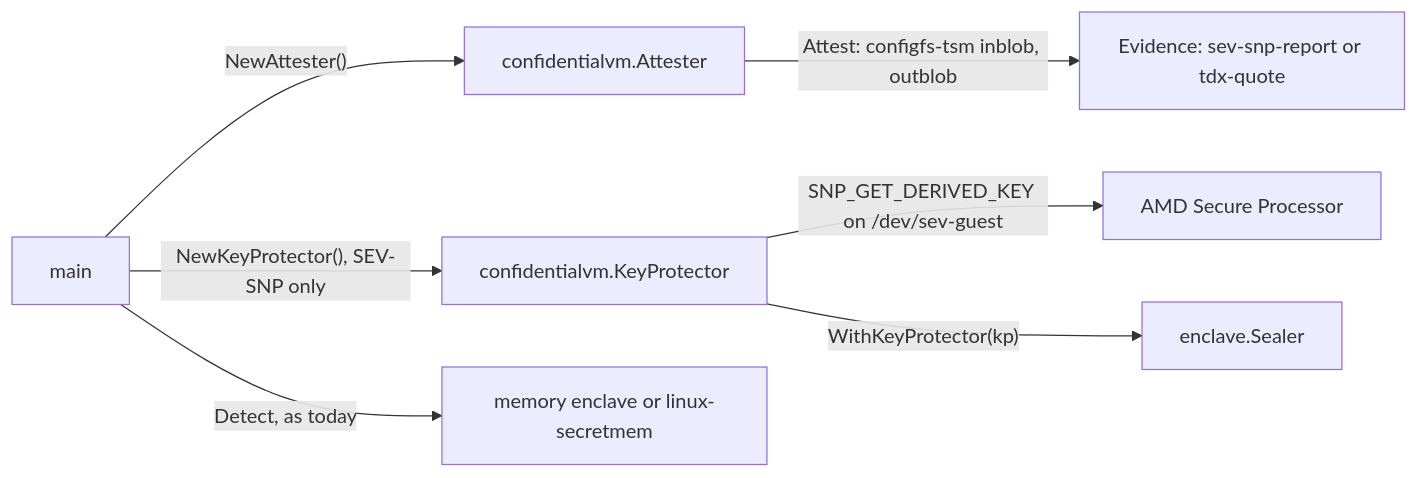
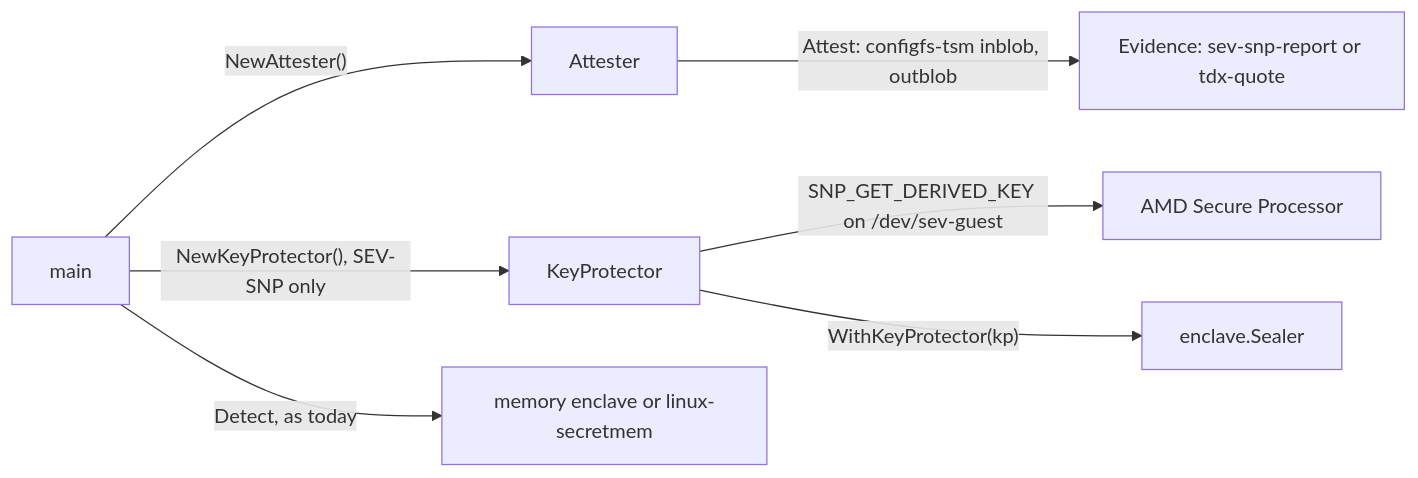
One commit to jeremyhahn/go-enclave changed the diagram in docs/backends/confidential-vm.md. Above: the diagram before and after it, drawn with Mermaid. The commit also changed other lines of this file and 60 other files, not shown here.

First line of the commit message:
feat(amdsev): SEV-SNP confiner backend and its hardware job (#497)

````diff
--- a/docs/backends/confidential-vm.md
+++ b/docs/backends/confidential-vm.md
@@ -73,9 +74,9 @@
 ```mermaid
 flowchart LR
-  main -->|"NewAttester()"| att[confidentialvm.Attester]
-  main -->|"NewKeyProtector(), SEV-SNP only"| kp[confidentialvm.KeyProtector]
+  main -->|"NewAttester()"| att[Attester]
+  main -->|"NewKeyProtector(), SEV-SNP only"| kp[KeyProtector]
   att -->|"Attest: configfs-tsm inblob, outblob"| ev[Evidence: sev-snp-report or tdx-quote]
   kp -->|"SNP_GET_DERIVED_KEY on /dev/sev-guest"| asp[AMD Secure Processor]
   kp -->|"WithKeyProtector(kp)"| sealer[enclave.Sealer]
   main -->|"Detect, as today"| be[memory enclave or linux-secretmem]
 ```
````
